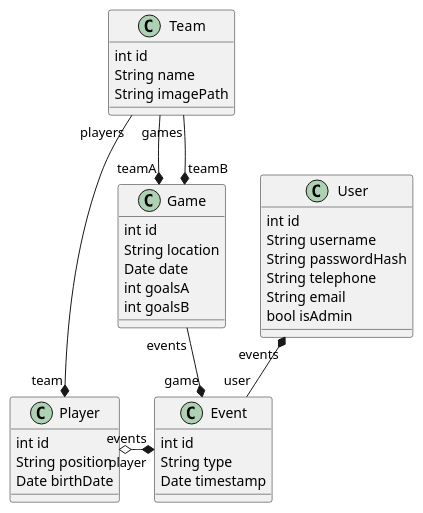
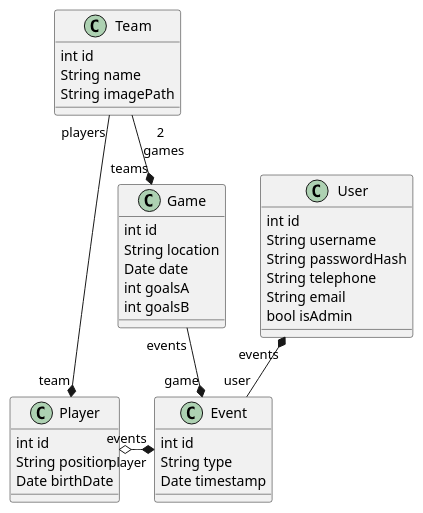
One commit to PomatoCoCEO/distributed-systems-scoredei changed the diagram in arch/class_diagram.puml. Above: the diagram before and after it, drawn with PlantUML. The commit also changed 8 other files, not shown here.

```diff
--- a/arch/class_diagram.puml
+++ b/arch/class_diagram.puml
@@ -1,41 +1,41 @@
 @startuml
 class User {
     int id
     String username
     String passwordHash
     String telephone
     String email
     bool isAdmin 
 }
 class Player {
     int id
     String position
     Date birthDate
 }
 class Team {
     int id
     String name
     String imagePath
 }
 class Event {
     int id
     String type
     Date timestamp
 } 
 class Game {
     int id
     String location
     Date date
     int goalsA
     int goalsB
 }
 
 User "events" *-- "user" Event
 Game "events" --* "game" Event
 Player "events" o-* "player" Event
 Team "players" --* "team" Player
-Team  --* "teamA" Game
-Team "games" --* "teamB" Game
+
+Team "2\n  games" --* "teams" Game
 
 
 @enduml
```
